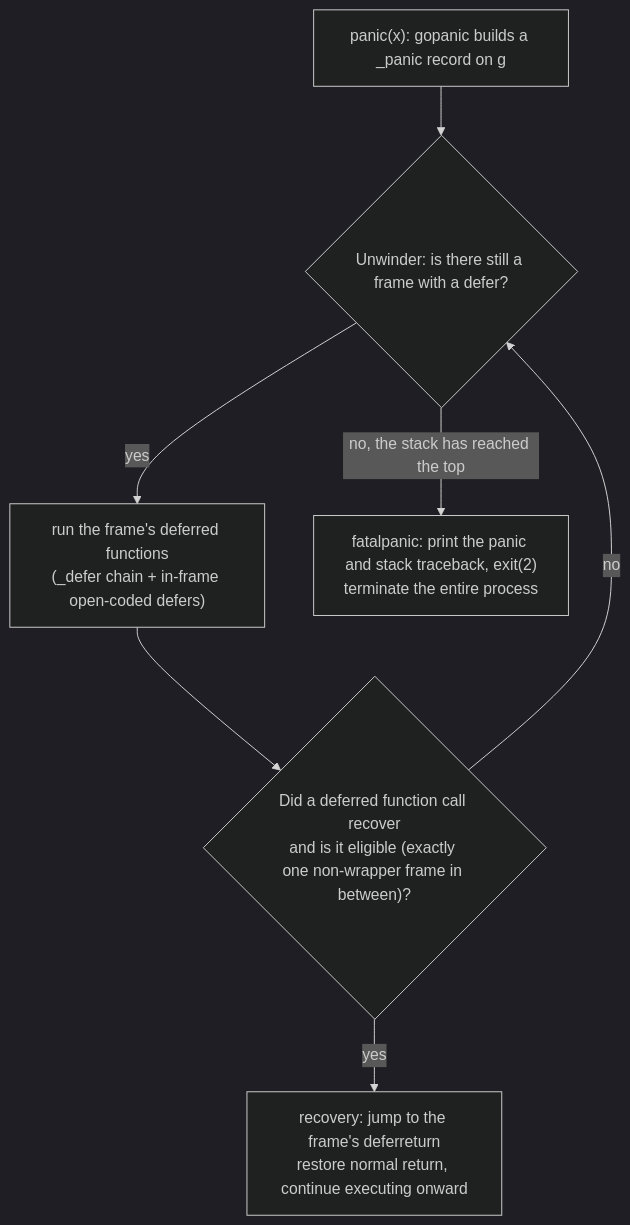
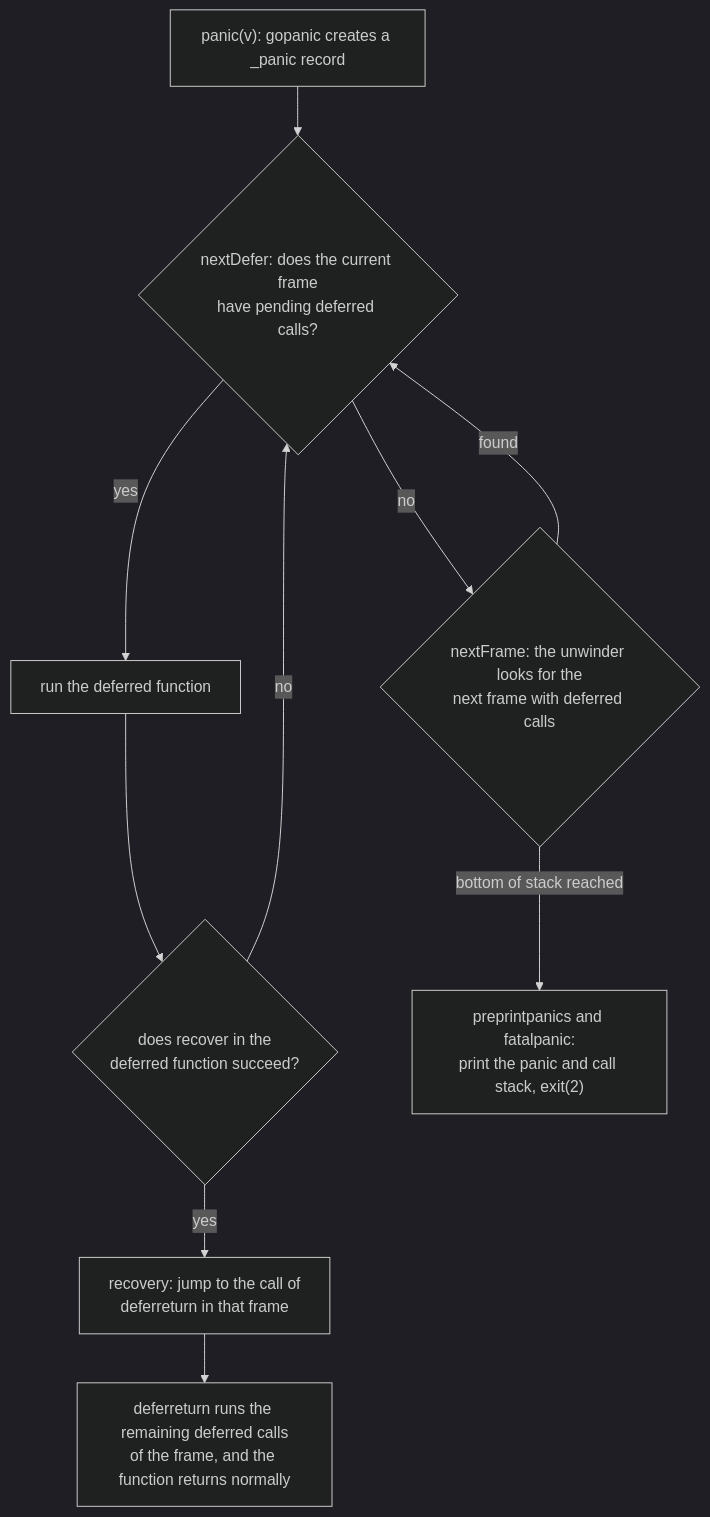
One commit to golang-design/under-the-hood changed the diagram in book/en-us/part2lang/ch06func/panic.md. Above: the diagram before and after it, drawn with Mermaid (dark theme). The commit also changed other lines of this file and 24 other files, not shown here.

````diff
--- a/book/en-us/part2lang/ch06func/panic.md
+++ b/book/en-us/part2lang/ch06func/panic.md
@@ -125,9 +562,12 @@
 ```mermaid
 flowchart TD
-	START["panic(x): gopanic builds a _panic record on g"] --> FRAME{"Unwinder: is there still a frame with a defer?"}
-	FRAME -->|yes| RUN["run the frame's deferred functions<br/>(_defer chain + in-frame open-coded defers)"]
-	RUN --> CHK{"Did a deferred function call recover<br/>and is it eligible (exactly one non-wrapper frame in between)?"}
-	CHK -->|yes| RECOVERY["recovery: jump to the frame's deferreturn<br/>restore normal return, continue executing onward"]
-	CHK -->|no| FRAME
-	FRAME -->|no, the stack has reached the top| FATAL["fatalpanic: print the panic and stack traceback, exit(2)<br/>terminate the entire process"]
+    A["panic(v): gopanic creates a _panic record"] --> B{"nextDefer: does the current frame<br/>have pending deferred calls?"}
+    B -- yes --> C["run the deferred function"]
+    C --> E{"does recover in the<br/>deferred function succeed?"}
+    E -- no --> B
+    E -- yes --> G["recovery: jump to the call of<br/>deferreturn in that frame"]
+    G --> H["deferreturn runs the remaining deferred calls<br/>of the frame, and the function returns normally"]
+    B -- no --> D{"nextFrame: the unwinder looks for the<br/>next frame with deferred calls"}
+    D -- found --> B
+    D -- bottom of stack reached --> F["preprintpanics and fatalpanic:<br/>print the panic and call stack, exit(2)"]
 ```
````
